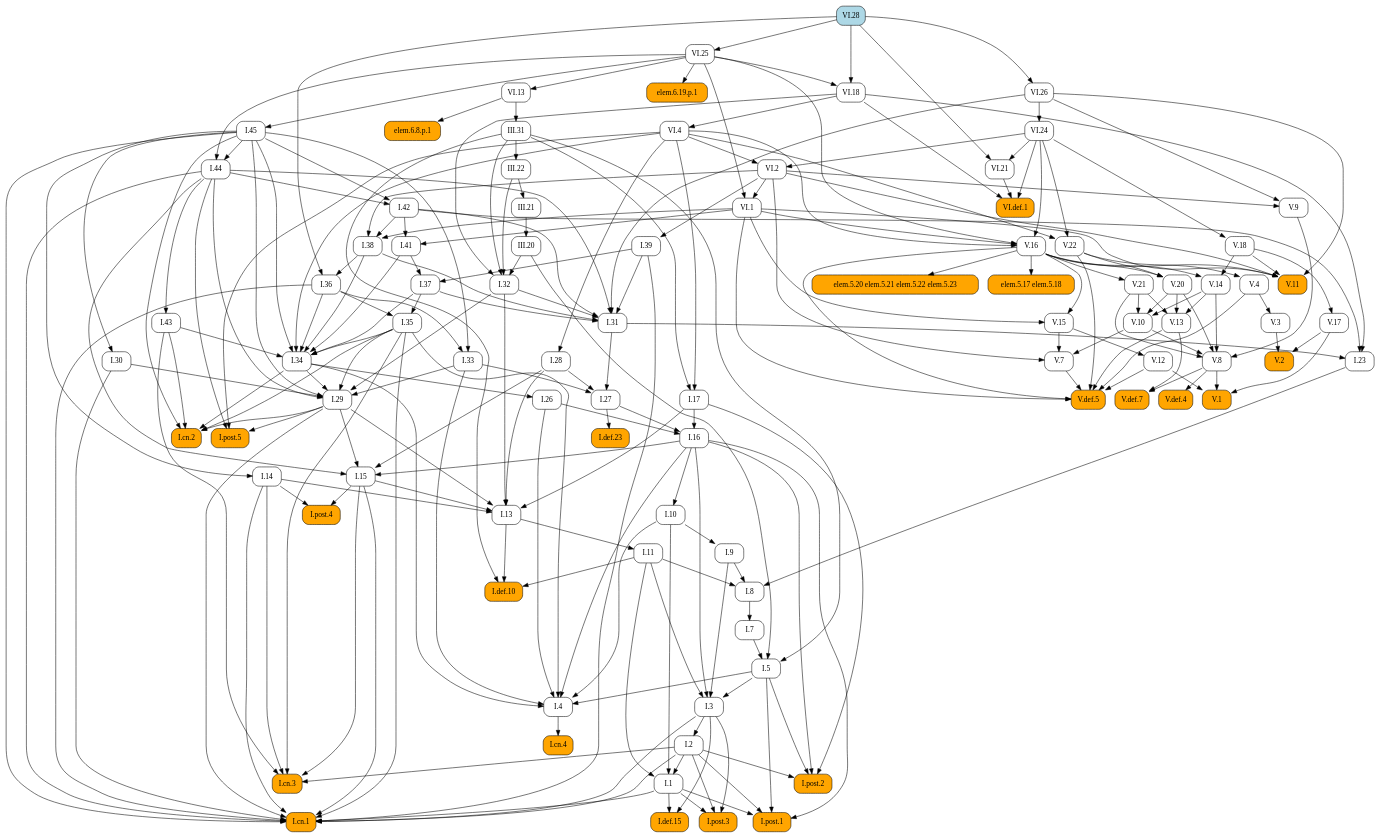
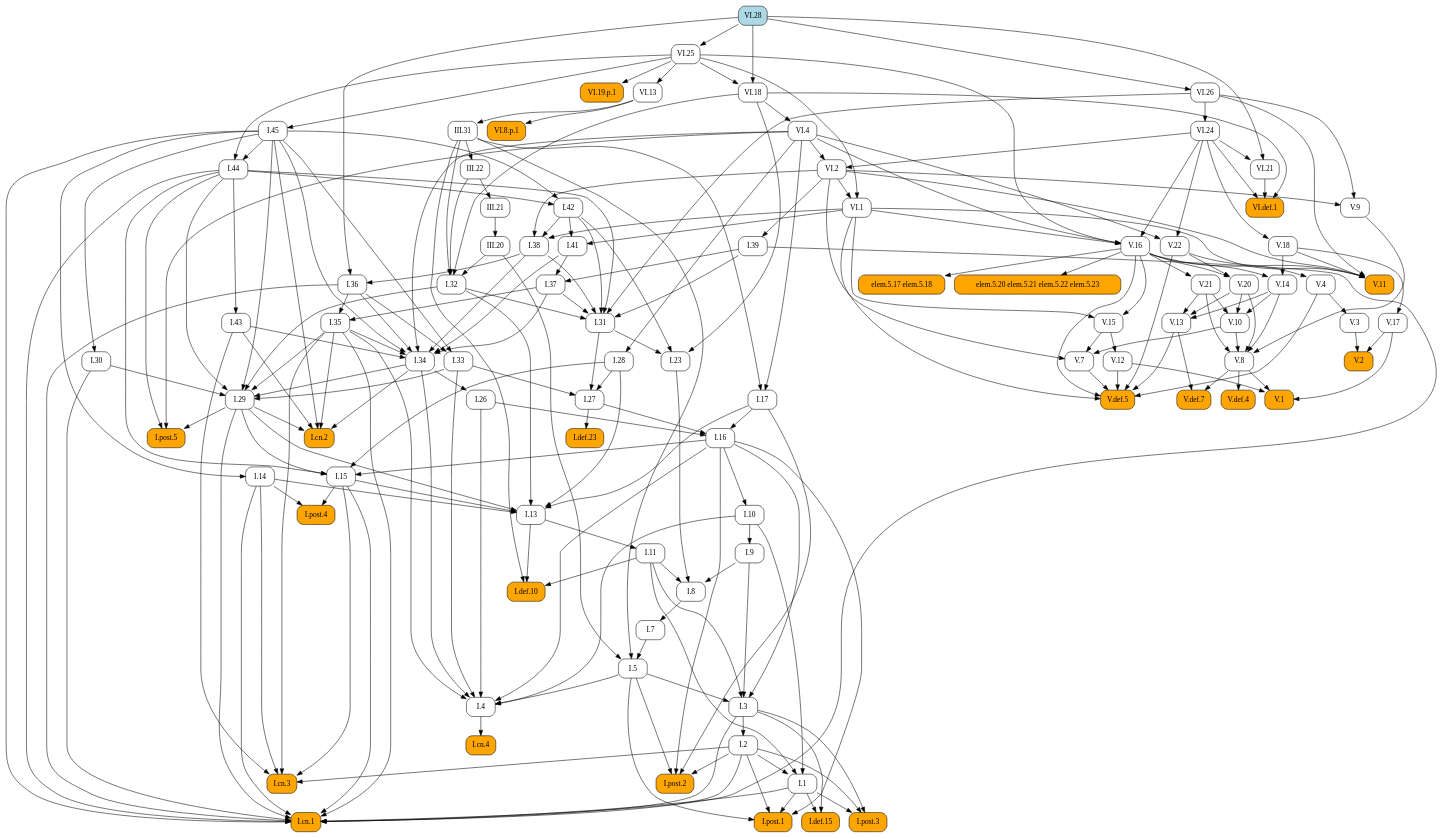
One commit to geometor/elements changed the diagram in docsrc/heath/VI/28/index.rst. Above: the diagram before and after it, drawn with Graphviz. The commit also changed 484 other files, not shown here.

```diff
--- a/docsrc/heath/VI/28/index.rst
+++ b/docsrc/heath/VI/28/index.rst
@@ -118,156 +118,147 @@
    digraph {
      rankdir="TB";
      node [shape=box, style=rounded];
+     "I.23" [URL="/heath/I/23/", target="_top"];
+     "I.9" [URL="/heath/I/9/", target="_top"];
+     "VI.def.1" [style="rounded,filled", fillcolor=orange, URL="/heath/VI/def.1/", target="_top"];
+     "V.13" [URL="/heath/V/13/", target="_top"];
+     "I.def.15" [style="rounded,filled", fillcolor=orange, URL="/heath/I/def.15/", target="_top"];
+     "V.7" [URL="/heath/V/7/", target="_top"];
+     "elem.5.17 elem.5.18" [style="rounded,filled", fillcolor=orange];
+     "I.post.1" [style="rounded,filled", fillcolor=orange, URL="/heath/I/post.1/", target="_top"];
+     "V.14" [URL="/heath/V/14/", target="_top"];
+     "III.20" [URL="/heath/III/20/", target="_top"];
+     "I.43" [URL="/heath/I/43/", target="_top"];
+     "V.9" [URL="/heath/V/9/", target="_top"];
+     "I.30" [URL="/heath/I/30/", target="_top"];
+     "I.31" [URL="/heath/I/31/", target="_top"];
+     "III.22" [URL="/heath/III/22/", target="_top"];
      "I.def.10" [style="rounded,filled", fillcolor=orange, URL="/heath/I/def.10/", target="_top"];
+     "V.10" [URL="/heath/V/10/", target="_top"];
+     "V.4" [URL="/heath/V/4/", target="_top"];
+     "VI.8.p.1" [style="rounded,filled", fillcolor=orange];
+     "VI.1" [URL="/heath/VI/1/", target="_top"];
+     "I.39" [URL="/heath/I/39/", target="_top"];
+     "I.14" [URL="/heath/I/14/", target="_top"];
+     "V.11" [style="rounded,filled", fillcolor=orange, URL="/heath/V/11/", target="_top"];
+     "VI.28" [style="rounded,filled", fillcolor=lightblue, URL="/heath/VI/28/", target="_top"];
+     "V.17" [URL="/heath/V/17/", target="_top"];
+     "I.34" [URL="/heath/I/34/", target="_top"];
+     "I.3" [URL="/heath/I/3/", target="_top"];
+     "VI.25" [URL="/heath/VI/25/", target="_top"];
+     "V.def.4" [style="rounded,filled", fillcolor=orange, URL="/heath/V/def.4/", target="_top"];
+     "V.def.7" [style="rounded,filled", fillcolor=orange, URL="/heath/V/def.7/", target="_top"];
+     "V.21" [URL="/heath/V/21/", target="_top"];
+     "I.2" [URL="/heath/I/2/", target="_top"];
+     "V.3" [URL="/heath/V/3/", target="_top"];
+     "I.13" [URL="/heath/I/13/", target="_top"];
+     "I.post.4" [style="rounded,filled", fillcolor=orange, URL="/heath/I/post.4/", target="_top"];
+     "I.4" [URL="/heath/I/4/", target="_top"];
+     "I.1" [URL="/heath/I/1/", target="_top"];
+     "I.8" [URL="/heath/I/8/", target="_top"];
+     "I.17" [URL="/heath/I/17/", target="_top"];
+     "I.45" [URL="/heath/I/45/", target="_top"];
+     "I.29" [URL="/heath/I/29/", target="_top"];
+     "I.38" [URL="/heath/I/38/", target="_top"];
+     "V.8" [URL="/heath/V/8/", target="_top"];
+     "VI.24" [URL="/heath/VI/24/", target="_top"];
+     "I.15" [URL="/heath/I/15/", target="_top"];
+     "I.10" [URL="/heath/I/10/", target="_top"];
      "I.11" [URL="/heath/I/11/", target="_top"];
-     "I.post.4" [style="rounded,filled", fillcolor=orange, URL="/heath/I/post.4/", target="_top"];
-     "I.28" [URL="/heath/I/28/", target="_top"];
-     "I.1" [URL="/heath/I/1/", target="_top"];
+     "I.def.23" [style="rounded,filled", fillcolor=orange, URL="/heath/I/def.23/", target="_top"];
+     "VI.21" [URL="/heath/VI/21/", target="_top"];
+     "I.44" [URL="/heath/I/44/", target="_top"];
+     "VI.4" [URL="/heath/VI/4/", target="_top"];
+     "I.26" [URL="/heath/I/26/", target="_top"];
+     "V.16" [URL="/heath/V/16/", target="_top"];
+     "I.33" [URL="/heath/I/33/", target="_top"];
+     "I.32" [URL="/heath/I/32/", target="_top"];
+     "VI.26" [URL="/heath/VI/26/", target="_top"];
+     "I.post.3" [style="rounded,filled", fillcolor=orange, URL="/heath/I/post.3/", target="_top"];
+     "V.def.5" [style="rounded,filled", fillcolor=orange, URL="/heath/V/def.5/", target="_top"];
+     "I.42" [URL="/heath/I/42/", target="_top"];
+     "VI.13" [URL="/heath/VI/13/", target="_top"];
+     "I.27" [URL="/heath/I/27/", target="_top"];
+     "V.20" [URL="/heath/V/20/", target="_top"];
+     "V.12" [URL="/heath/V/12/", target="_top"];
+     "I.35" [URL="/heath/I/35/", target="_top"];
+     "I.cn.1" [style="rounded,filled", fillcolor=orange, URL="/heath/I/cn.1/", target="_top"];
+     "V.2" [style="rounded,filled", fillcolor=orange, URL="/heath/V/2/", target="_top"];
+     "I.7" [URL="/heath/I/7/", target="_top"];
+     "I.36" [URL="/heath/I/36/", target="_top"];
+     "I.5" [URL="/heath/I/5/", target="_top"];
+     "I.37" [URL="/heath/I/37/", target="_top"];
+     "VI.19.p.1" [style="rounded,filled", fillcolor=orange];
+     "V.18" [URL="/heath/V/18/", target="_top"];
+     "I.cn.3" [style="rounded,filled", fillcolor=orange, URL="/heath/I/cn.3/", target="_top"];
+     "I.16" [URL="/heath/I/16/", target="_top"];
+     "III.31" [URL="/heath/III/31/", target="_top"];
      "VI.18" [URL="/heath/VI/18/", target="_top"];
-     "VI.21" [URL="/heath/VI/21/", target="_top"];
-     "V.def.5" [style="rounded,filled", fillcolor=orange, URL="/heath/V/def.5/", target="_top"];
-     "III.20" [URL="/heath/III/20/", target="_top"];
-     "III.31" [URL="/heath/III/31/", target="_top"];
-     "V.13" [URL="/heath/V/13/", target="_top"];
-     "V.11" [style="rounded,filled", fillcolor=orange, URL="/heath/V/11/", target="_top"];
-     "I.post.3" [style="rounded,filled", fillcolor=orange, URL="/heath/I/post.3/", target="_top"];
-     "VI.1" [URL="/heath/VI/1/", target="_top"];
-     "I.cn.3" [style="rounded,filled", fillcolor=orange, URL="/heath/I/cn.3/", target="_top"];
-     "I.14" [URL="/heath/I/14/", target="_top"];
-     "V.16" [URL="/heath/V/16/", target="_top"];
-     "VI.4" [URL="/heath/VI/4/", target="_top"];
-     "V.3" [URL="/heath/V/3/", target="_top"];
-     "I.36" [URL="/heath/I/36/", target="_top"];
-     "I.41" [URL="/heath/I/41/", target="_top"];
-     "I.27" [URL="/heath/I/27/", target="_top"];
-     "V.8" [URL="/heath/V/8/", target="_top"];
-     "I.37" [URL="/heath/I/37/", target="_top"];
-     "I.34" [URL="/heath/I/34/", target="_top"];
-     "I.2" [URL="/heath/I/2/", target="_top"];
-     "I.def.23" [style="rounded,filled", fillcolor=orange, URL="/heath/I/def.23/", target="_top"];
-     "I.33" [URL="/heath/I/33/", target="_top"];
-     "I.17" [URL="/heath/I/17/", target="_top"];
-     "I.post.2" [style="rounded,filled", fillcolor=orange, URL="/heath/I/post.2/", target="_top"];
-     "I.45" [URL="/heath/I/45/", target="_top"];
-     "VI.def.1" [style="rounded,filled", fillcolor=orange, URL="/heath/VI/def.1/", target="_top"];
-     "I.42" [URL="/heath/I/42/", target="_top"];
-     "elem.5.20 elem.5.21 elem.5.22 elem.5.23" [style="rounded,filled", fillcolor=orange];
-     "I.9" [URL="/heath/I/9/", target="_top"];
-     "VI.26" [URL="/heath/VI/26/", target="_top"];
-     "I.32" [URL="/heath/I/32/", target="_top"];
-     "V.def.4" [style="rounded,filled", fillcolor=orange, URL="/heath/V/def.4/", target="_top"];
-     "I.cn.4" [style="rounded,filled", fillcolor=orange, URL="/heath/I/cn.4/", target="_top"];
-     "I.15" [URL="/heath/I/15/", target="_top"];
-     "III.22" [URL="/heath/III/22/", target="_top"];
-     "I.38" [URL="/heath/I/38/", target="_top"];
-     "V.def.7" [style="rounded,filled", fillcolor=orange, URL="/heath/V/def.7/", target="_top"];
-     "I.5" [URL="/heath/I/5/", target="_top"];
-     "V.21" [URL="/heath/V/21/", target="_top"];
-     "I.39" [URL="/heath/I/39/", target="_top"];
-     "I.26" [URL="/heath/I/26/", target="_top"];
-     "V.14" [URL="/heath/V/14/", target="_top"];
-     "I.29" [URL="/heath/I/29/", target="_top"];
-     "V.12" [URL="/heath/V/12/", target="_top"];
+     "V.1" [style="rounded,filled", fillcolor=orange, URL="/heath/V/1/", target="_top"];
      "V.22" [URL="/heath/V/22/", target="_top"];
      "I.cn.2" [style="rounded,filled", fillcolor=orange, URL="/heath/I/cn.2/", target="_top"];
-     "V.20" [URL="/heath/V/20/", target="_top"];
-     "V.10" [URL="/heath/V/10/", target="_top"];
+     "I.post.5" [style="rounded,filled", fillcolor=orange, URL="/heath/I/post.5/", target="_top"];
+     "I.28" [URL="/heath/I/28/", target="_top"];
      "VI.2" [URL="/heath/VI/2/", target="_top"];
-     "I.def.15" [style="rounded,filled", fillcolor=orange, URL="/heath/I/def.15/", target="_top"];
+     "I.cn.4" [style="rounded,filled", fillcolor=orange, URL="/heath/I/cn.4/", target="_top"];
      "V.15" [URL="/heath/V/15/", target="_top"];
-     "VI.28" [style="rounded,filled", fillcolor=lightblue, URL="/heath/VI/28/", target="_top"];
-     "I.cn.1" [style="rounded,filled", fillcolor=orange, URL="/heath/I/cn.1/", target="_top"];
-     "I.30" [URL="/heath/I/30/", target="_top"];
-     "V.7" [URL="/heath/V/7/", target="_top"];
-     "V.9" [URL="/heath/V/9/", target="_top"];
-     "V.18" [URL="/heath/V/18/", target="_top"];
-     "I.23" [URL="/heath/I/23/", target="_top"];
-     "VI.25" [URL="/heath/VI/25/", target="_top"];
-     "I.43" [URL="/heath/I/43/", target="_top"];
-     "I.post.1" [style="rounded,filled", fillcolor=orange, URL="/heath/I/post.1/", target="_top"];
-     "elem.6.19.p.1" [style="rounded,filled", fillcolor=orange];
-     "I.35" [URL="/heath/I/35/", target="_top"];
-     "I.7" [URL="/heath/I/7/", target="_top"];
-     "I.3" [URL="/heath/I/3/", target="_top"];
-     "I.4" [URL="/heath/I/4/", target="_top"];
-     "I.13" [URL="/heath/I/13/", target="_top"];
-     "V.17" [URL="/heath/V/17/", target="_top"];
-     "V.4" [URL="/heath/V/4/", target="_top"];
-     "I.31" [URL="/heath/I/31/", target="_top"];
-     "V.1" [style="rounded,filled", fillcolor=orange, URL="/heath/V/1/", target="_top"];
-     "VI.24" [URL="/heath/VI/24/", target="_top"];
-     "I.16" [URL="/heath/I/16/", target="_top"];
-     "elem.5.17 elem.5.18" [style="rounded,filled", fillcolor=orange];
-     "I.8" [URL="/heath/I/8/", target="_top"];
-     "VI.13" [URL="/heath/VI/13/", target="_top"];
-     "V.2" [style="rounded,filled", fillcolor=orange, URL="/heath/V/2/", target="_top"];
+     "I.41" [URL="/heath/I/41/", target="_top"];
+     "I.post.2" [style="rounded,filled", fillcolor=orange, URL="/heath/I/post.2/", target="_top"];
      "III.21" [URL="/heath/III/21/", target="_top"];
-     "I.post.5" [style="rounded,filled", fillcolor=orange, URL="/heath/I/post.5/", target="_top"];
-     "I.44" [URL="/heath/I/44/", target="_top"];
-     "elem.6.8.p.1" [style="rounded,filled", fillcolor=orange];
-     "I.10" [URL="/heath/I/10/", target="_top"];
+     "elem.5.20 elem.5.21 elem.5.22 elem.5.23" [style="rounded,filled", fillcolor=orange];
+     "I.31" -> "I.23";
+     "I.42" -> "I.23";
+     "VI.18" -> "I.23";
+     "I.10" -> "I.9";
+     "VI.18" -> "VI.def.1";
+     "VI.21" -> "VI.def.1";
+     "VI.24" -> "VI.def.1";
+     "V.14" -> "V.13";
+     "V.20" -> "V.13";
+     "V.21" -> "V.13";
+     "I.1" -> "I.def.15";
+     "I.3" -> "I.def.15";
+     "V.10" -> "V.7";
+     "V.15" -> "V.7";
+     "VI.2" -> "V.7";
+     "V.16" -> "elem.5.17 elem.5.18";
+     "I.1" -> "I.post.1";
+     "I.2" -> "I.post.1";
+     "I.5" -> "I.post.1";
+     "I.16" -> "I.post.1";
+     "V.16" -> "V.14";
+     "V.18" -> "V.14";
+     "III.21" -> "III.20";
+     "I.44" -> "I.43";
+     "VI.2" -> "V.9";
+     "VI.26" -> "V.9";
+     "I.45" -> "I.30";
+     "I.32" -> "I.31";
+     "I.37" -> "I.31";
+     "I.38" -> "I.31";
+     "I.39" -> "I.31";
+     "I.42" -> "I.31";
+     "I.44" -> "I.31";
+     "VI.26" -> "I.31";
+     "III.31" -> "III.22";
      "I.11" -> "I.def.10";
      "I.13" -> "I.def.10";
      "III.31" -> "I.def.10";
-     "I.13" -> "I.11";
-     "I.14" -> "I.post.4";
-     "I.15" -> "I.post.4";
-     "VI.4" -> "I.28";
-     "I.2" -> "I.1";
-     "I.10" -> "I.1";
-     "I.11" -> "I.1";
-     "VI.25" -> "VI.18";
-     "VI.28" -> "VI.18";
-     "VI.24" -> "VI.21";
-     "VI.28" -> "VI.21";
-     "V.4" -> "V.def.5";
-     "V.7" -> "V.def.5";
-     "V.12" -> "V.def.5";
-     "V.13" -> "V.def.5";
-     "V.16" -> "V.def.5";
-     "V.22" -> "V.def.5";
-     "VI.1" -> "V.def.5";
-     "III.21" -> "III.20";
-     "VI.13" -> "III.31";
-     "V.14" -> "V.13";
-     "V.20" -> "V.13";
-     "V.21" -> "V.13";
+     "V.14" -> "V.10";
+     "V.20" -> "V.10";
+     "V.21" -> "V.10";
+     "V.22" -> "V.4";
+     "VI.13" -> "VI.8.p.1";
+     "VI.2" -> "VI.1";
+     "VI.25" -> "VI.1";
+     "VI.2" -> "I.39";
+     "I.45" -> "I.14";
      "V.16" -> "V.11";
      "V.18" -> "V.11";
      "VI.1" -> "V.11";
      "VI.2" -> "V.11";
      "VI.26" -> "V.11";
-     "I.1" -> "I.post.3";
-     "I.2" -> "I.post.3";
-     "I.3" -> "I.post.3";
-     "VI.2" -> "VI.1";
-     "VI.25" -> "VI.1";
-     "I.2" -> "I.cn.3";
-     "I.14" -> "I.cn.3";
-     "I.15" -> "I.cn.3";
-     "I.35" -> "I.cn.3";
-     "I.43" -> "I.cn.3";
-     "I.45" -> "I.14";
-     "VI.1" -> "V.16";
-     "VI.4" -> "V.16";
-     "VI.24" -> "V.16";
-     "VI.25" -> "V.16";
-     "VI.18" -> "VI.4";
-     "V.4" -> "V.3";
-     "I.38" -> "I.36";
-     "VI.28" -> "I.36";
-     "I.42" -> "I.41";
-     "VI.1" -> "I.41";
-     "I.28" -> "I.27";
-     "I.31" -> "I.27";
-     "I.33" -> "I.27";
-     "V.9" -> "V.8";
-     "V.10" -> "V.8";
-     "V.14" -> "V.8";
-     "V.20" -> "V.8";
-     "V.21" -> "V.8";
-     "I.39" -> "I.37";
-     "I.41" -> "I.37";
+     "V.18" -> "V.17";
      "I.35" -> "I.34";
      "I.36" -> "I.34";
      "I.37" -> "I.34";
@@ -276,49 +267,41 @@
      "I.43" -> "I.34";
      "I.45" -> "I.34";
      "VI.4" -> "I.34";
+     "I.5" -> "I.3";
+     "I.9" -> "I.3";
+     "I.11" -> "I.3";
+     "I.16" -> "I.3";
+     "VI.28" -> "VI.25";
+     "V.8" -> "V.def.4";
+     "V.8" -> "V.def.7";
+     "V.13" -> "V.def.7";
+     "V.16" -> "V.21";
      "I.3" -> "I.2";
-     "I.27" -> "I.def.23";
-     "I.36" -> "I.33";
-     "I.45" -> "I.33";
+     "V.4" -> "V.3";
+     "I.14" -> "I.13";
+     "I.15" -> "I.13";
+     "I.17" -> "I.13";
+     "I.28" -> "I.13";
+     "I.29" -> "I.13";
+     "I.32" -> "I.13";
+     "I.14" -> "I.post.4";
+     "I.15" -> "I.post.4";
+     "I.5" -> "I.4";
+     "I.10" -> "I.4";
+     "I.16" -> "I.4";
+     "I.26" -> "I.4";
+     "I.33" -> "I.4";
+     "I.34" -> "I.4";
+     "I.35" -> "I.4";
+     "I.2" -> "I.1";
+     "I.10" -> "I.1";
+     "I.11" -> "I.1";
+     "I.9" -> "I.8";
+     "I.11" -> "I.8";
+     "I.23" -> "I.8";
      "III.31" -> "I.17";
      "VI.4" -> "I.17";
-     "I.2" -> "I.post.2";
-     "I.5" -> "I.post.2";
-     "I.16" -> "I.post.2";
-     "I.17" -> "I.post.2";
      "VI.25" -> "I.45";
-     "VI.18" -> "VI.def.1";
-     "VI.21" -> "VI.def.1";
-     "VI.24" -> "VI.def.1";
-     "I.44" -> "I.42";
-     "I.45" -> "I.42";
-     "V.16" -> "elem.5.20 elem.5.21 elem.5.22 elem.5.23";
-     "I.10" -> "I.9";
-     "VI.28" -> "VI.26";
-     "III.20" -> "I.32";
-     "III.22" -> "I.32";
-     "III.31" -> "I.32";
-     "VI.18" -> "I.32";
-     "V.8" -> "V.def.4";
-     "I.4" -> "I.cn.4";
-     "I.16" -> "I.15";
-     "I.28" -> "I.15";
-     "I.29" -> "I.15";
-     "I.44" -> "I.15";
-     "III.31" -> "III.22";
-     "I.42" -> "I.38";
-     "VI.1" -> "I.38";
-     "VI.2" -> "I.38";
-     "V.8" -> "V.def.7";
-     "V.13" -> "V.def.7";
-     "I.7" -> "I.5";
-     "III.20" -> "I.5";
-     "III.31" -> "I.5";
-     "V.16" -> "V.21";
-     "VI.2" -> "I.39";
-     "I.34" -> "I.26";
-     "V.16" -> "V.14";
-     "V.18" -> "V.14";
      "I.30" -> "I.29";
      "I.32" -> "I.29";
      "I.33" -> "I.29";
@@ -326,25 +309,60 @@
      "I.35" -> "I.29";
      "I.44" -> "I.29";
      "I.45" -> "I.29";
-     "V.15" -> "V.12";
-     "VI.4" -> "V.22";
-     "VI.24" -> "V.22";
-     "I.29" -> "I.cn.2";
-     "I.34" -> "I.cn.2";
-     "I.35" -> "I.cn.2";
-     "I.43" -> "I.cn.2";
-     "I.45" -> "I.cn.2";
+     "I.42" -> "I.38";
+     "VI.1" -> "I.38";
+     "VI.2" -> "I.38";
+     "V.9" -> "V.8";
+     "V.10" -> "V.8";
+     "V.14" -> "V.8";
+     "V.20" -> "V.8";
+     "V.21" -> "V.8";
+     "VI.26" -> "VI.24";
+     "I.16" -> "I.15";
+     "I.28" -> "I.15";
+     "I.29" -> "I.15";
+     "I.44" -> "I.15";
+     "I.16" -> "I.10";
+     "I.13" -> "I.11";
+     "I.27" -> "I.def.23";
+     "VI.24" -> "VI.21";
+     "VI.28" -> "VI.21";
+     "I.45" -> "I.44";
+     "VI.25" -> "I.44";
+     "VI.18" -> "VI.4";
+     "I.34" -> "I.26";
+     "VI.1" -> "V.16";
+     "VI.4" -> "V.16";
+     "VI.24" -> "V.16";
+     "VI.25" -> "V.16";
+     "I.36" -> "I.33";
+     "I.45" -> "I.33";
+     "III.20" -> "I.32";
+     "III.22" -> "I.32";
+     "III.31" -> "I.32";
+     "VI.18" -> "I.32";
+     "VI.28" -> "VI.26";
+     "I.1" -> "I.post.3";
+     "I.2" -> "I.post.3";
+     "I.3" -> "I.post.3";
+     "V.4" -> "V.def.5";
+     "V.7" -> "V.def.5";
+     "V.12" -> "V.def.5";
+     "V.13" -> "V.def.5";
+     "V.16" -> "V.def.5";
+     "V.22" -> "V.def.5";
+     "VI.1" -> "V.def.5";
+     "I.44" -> "I.42";
+     "I.45" -> "I.42";
+     "VI.25" -> "VI.13";
+     "I.28" -> "I.27";
+     "I.31" -> "I.27";
+     "I.33" -> "I.27";
      "V.16" -> "V.20";
      "V.22" -> "V.20";
-     "V.14" -> "V.10";
-     "V.20" -> "V.10";
-     "V.21" -> "V.10";
-     "VI.4" -> "VI.2";
-     "VI.24" -> "VI.2";
-     "I.1" -> "I.def.15";
-     "I.3" -> "I.def.15";
-     "V.16" -> "V.15";
-     "VI.1" -> "V.15";
+     "V.15" -> "V.12";
+     "I.36" -> "I.35";
+     "I.37" -> "I.35";
      "I.1" -> "I.cn.1";
      "I.2" -> "I.cn.1";
      "I.3" -> "I.cn.1";
@@ -357,72 +375,54 @@
      "I.39" -> "I.cn.1";
      "I.44" -> "I.cn.1";
      "I.45" -> "I.cn.1";
-     "I.45" -> "I.30";
-     "V.10" -> "V.7";
-     "V.15" -> "V.7";
-     "VI.2" -> "V.7";
-     "VI.2" -> "V.9";
-     "VI.26" -> "V.9";
+     "V.3" -> "V.2";
+     "V.17" -> "V.2";
+     "I.8" -> "I.7";
+     "I.38" -> "I.36";
+     "VI.28" -> "I.36";
+     "I.7" -> "I.5";
+     "III.20" -> "I.5";
+     "III.31" -> "I.5";
+     "I.39" -> "I.37";
+     "I.41" -> "I.37";
+     "VI.25" -> "VI.19.p.1";
      "VI.24" -> "V.18";
-     "I.31" -> "I.23";
-     "I.42" -> "I.23";
-     "VI.18" -> "I.23";
-     "VI.28" -> "VI.25";
-     "I.44" -> "I.43";
-     "I.1" -> "I.post.1";
-     "I.2" -> "I.post.1";
-     "I.5" -> "I.post.1";
-     "I.16" -> "I.post.1";
-     "VI.25" -> "elem.6.19.p.1";
-     "I.36" -> "I.35";
-     "I.37" -> "I.35";
-     "I.8" -> "I.7";
-     "I.5" -> "I.3";
-     "I.9" -> "I.3";
-     "I.11" -> "I.3";
-     "I.16" -> "I.3";
-     "I.5" -> "I.4";
-     "I.10" -> "I.4";
-     "I.16" -> "I.4";
-     "I.26" -> "I.4";
-     "I.33" -> "I.4";
-     "I.34" -> "I.4";
-     "I.35" -> "I.4";
-     "I.14" -> "I.13";
-     "I.15" -> "I.13";
-     "I.17" -> "I.13";
-     "I.28" -> "I.13";
-     "I.29" -> "I.13";
-     "I.32" -> "I.13";
-     "V.18" -> "V.17";
-     "V.22" -> "V.4";
-     "I.32" -> "I.31";
-     "I.37" -> "I.31";
-     "I.38" -> "I.31";
-     "I.39" -> "I.31";
-     "I.42" -> "I.31";
-     "I.44" -> "I.31";
-     "VI.26" -> "I.31";
+     "I.2" -> "I.cn.3";
+     "I.14" -> "I.cn.3";
+     "I.15" -> "I.cn.3";
+     "I.35" -> "I.cn.3";
+     "I.43" -> "I.cn.3";
+     "I.17" -> "I.16";
+     "I.26" -> "I.16";
+     "I.27" -> "I.16";
+     "VI.13" -> "III.31";
+     "VI.25" -> "VI.18";
+     "VI.28" -> "VI.18";
      "V.8" -> "V.1";
      "V.12" -> "V.1";
      "V.17" -> "V.1";
-     "VI.26" -> "VI.24";
-     "I.17" -> "I.16";
-     "I.26" -> "I.16";
-     "I.27" -> "I.16";
-     "V.16" -> "elem.5.17 elem.5.18";
-     "I.9" -> "I.8";
-     "I.11" -> "I.8";
-     "I.23" -> "I.8";
-     "VI.25" -> "VI.13";
-     "V.3" -> "V.2";
-     "V.17" -> "V.2";
-     "III.22" -> "III.21";
+     "VI.4" -> "V.22";
+     "VI.24" -> "V.22";
+     "I.29" -> "I.cn.2";
+     "I.34" -> "I.cn.2";
+     "I.35" -> "I.cn.2";
+     "I.43" -> "I.cn.2";
+     "I.45" -> "I.cn.2";
      "I.29" -> "I.post.5";
      "I.44" -> "I.post.5";
      "VI.4" -> "I.post.5";
-     "I.45" -> "I.44";
-     "VI.25" -> "I.44";
-     "VI.13" -> "elem.6.8.p.1";
-     "I.16" -> "I.10";
+     "VI.4" -> "I.28";
+     "VI.4" -> "VI.2";
+     "VI.24" -> "VI.2";
+     "I.4" -> "I.cn.4";
+     "V.16" -> "V.15";
+     "VI.1" -> "V.15";
+     "I.42" -> "I.41";
+     "VI.1" -> "I.41";
+     "I.2" -> "I.post.2";
+     "I.5" -> "I.post.2";
+     "I.16" -> "I.post.2";
+     "I.17" -> "I.post.2";
+     "III.22" -> "III.21";
+     "V.16" -> "elem.5.20 elem.5.21 elem.5.22 elem.5.23";
    }
```
